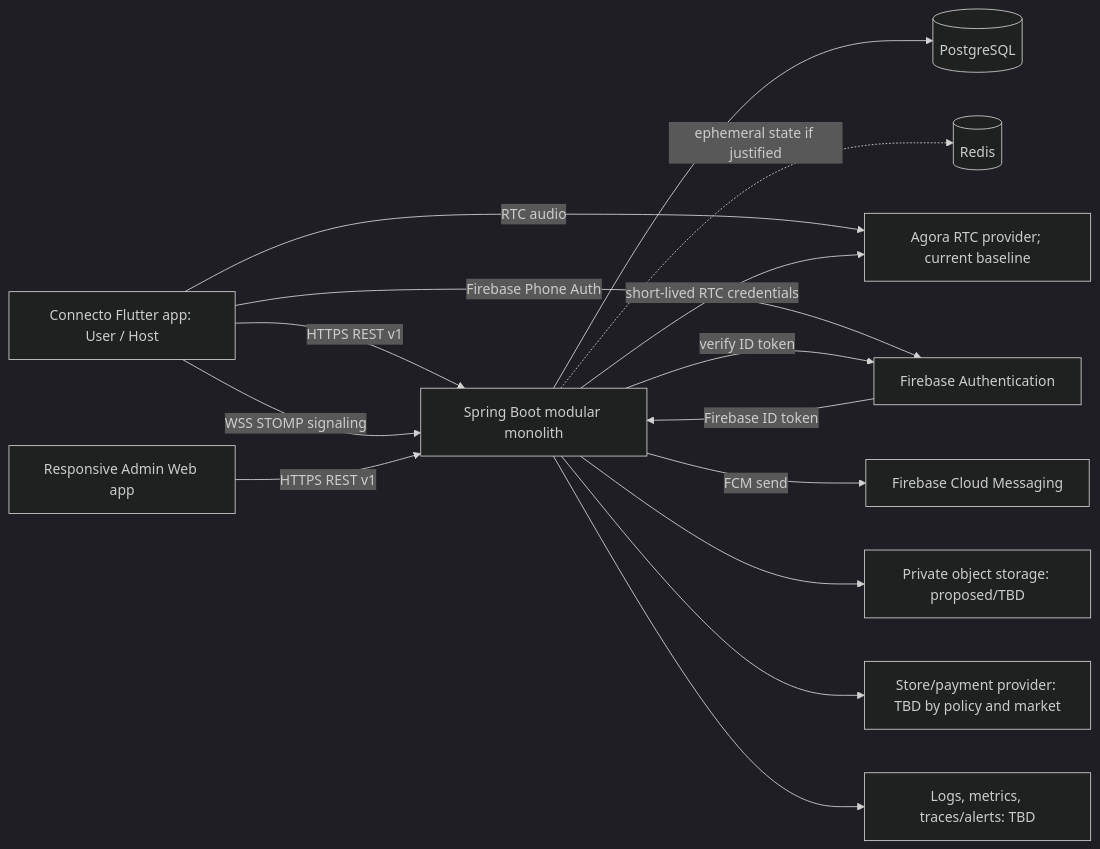
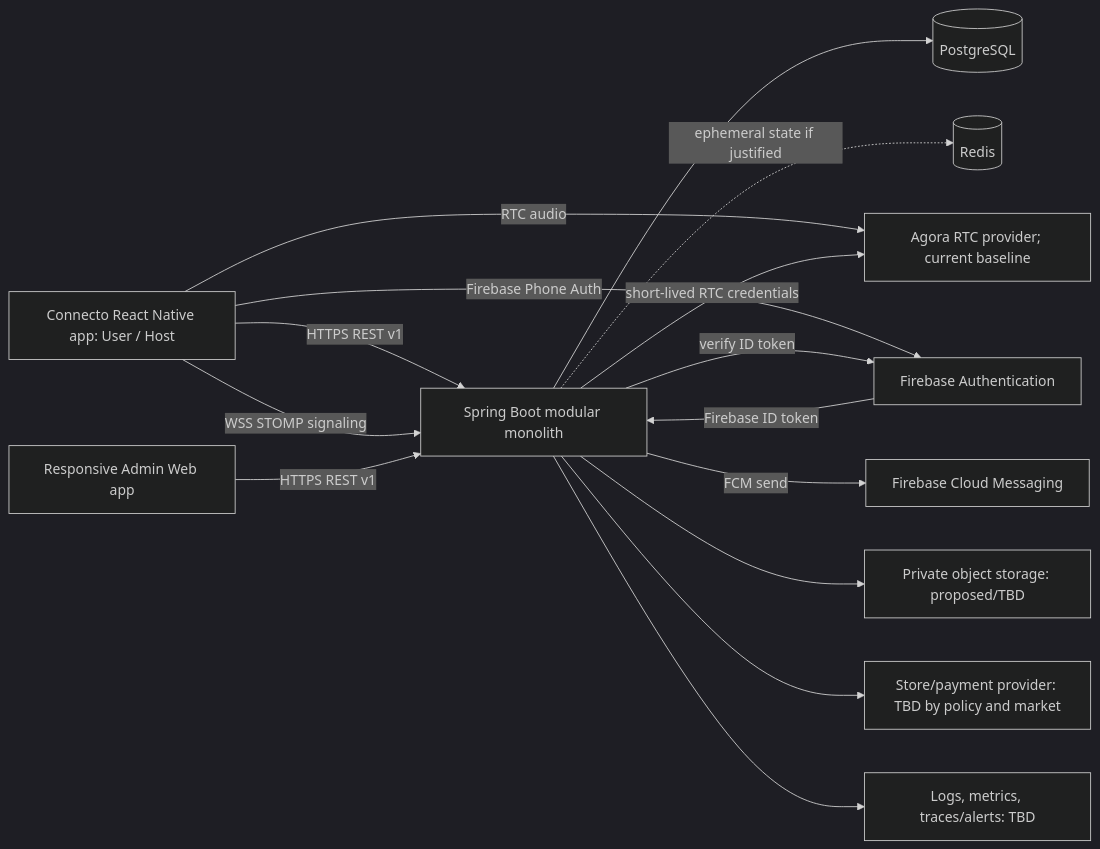
The diagram in docs/LetsConnect/SYSTEM-ARCHITECTURE.md (seven-twenty-one-communication/lets-connect), drawn with Mermaid (dark theme) before and after one commit. The commit also changed other lines of this file and 53 other files, not shown here.

Commit message:
feat(host-portal): implement Next.js expert enrollment portal at /expert, backend web-leads API, and V8 DB migration

````diff
--- a/docs/LetsConnect/SYSTEM-ARCHITECTURE.md
+++ b/docs/LetsConnect/SYSTEM-ARCHITECTURE.md
@@ -11,17 +11,17 @@
 ```mermaid
 flowchart LR
-  U[Connecto Flutter app: User / Host] -->|HTTPS REST v1| API[Spring Boot modular monolith]
+  U[Connecto React Native app: User / Host] -->|HTTPS REST v1| API[Spring Boot modular monolith]
   U -->|WSS STOMP signaling| API
   A[Responsive Admin Web app] -->|HTTPS REST v1| API
   API --> PG[(PostgreSQL)]
   API -. ephemeral state if justified .-> R[(Redis)]
   U -->|RTC audio| RTC[Agora RTC provider; current baseline]
   API -->|short-lived RTC credentials| RTC
   U -->|Firebase Phone Auth| FA[Firebase Authentication]
   FA -->|Firebase ID token| API
   API -->|verify ID token| FA
   API -->|FCM send| PUSH[Firebase Cloud Messaging]
   API --> OBJ[Private object storage: proposed/TBD]
   API --> PAY[Store/payment provider: TBD by policy and market]
   API --> OBS[Logs, metrics, traces/alerts: TBD]
 ```
````
